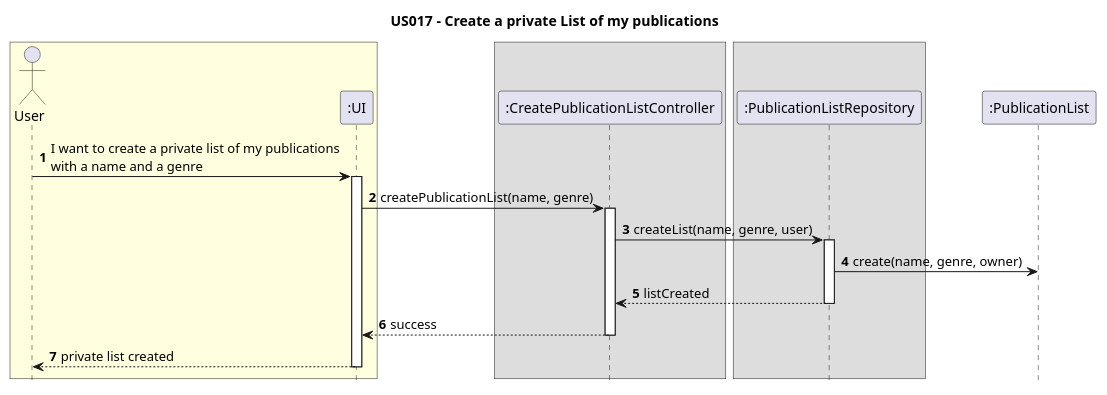
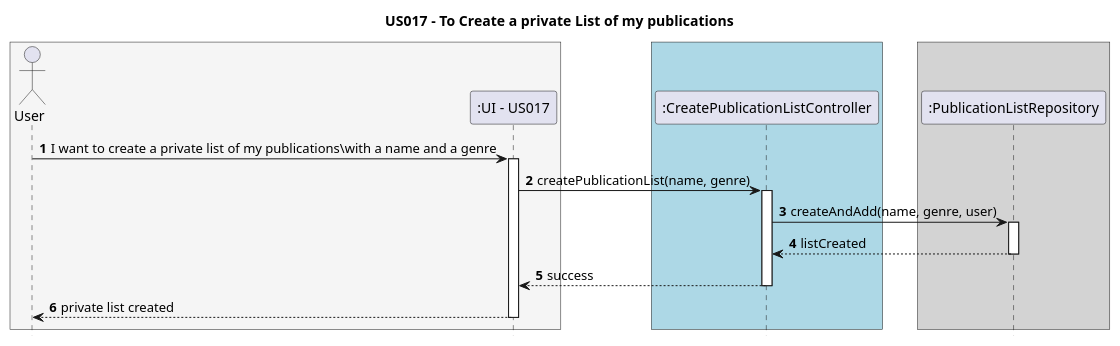
One commit to AndrePereiraGitH/SWitCH-Project-Team_A changed the diagram in Diagrams/SequenceDiagrams/N2/US017-to-create-private-publication-list.puml. Above: the diagram before and after it, drawn with PlantUML. The commit also changed 4 other files, not shown here.

Commit message:
Update diagrams for #88 #89 #92 #94 (SSD N1, N2 and Class)

```diff
--- a/Diagrams/SequenceDiagrams/N2/US017-to-create-private-publication-list.puml
+++ b/Diagrams/SequenceDiagrams/N2/US017-to-create-private-publication-list.puml
@@ -1,46 +1,38 @@
 @startuml
 hide footbox
 autonumber
 
-title US017 - Create a private List of my publications
+title US017 - To Create a private List of my publications
 
-box #LightYellow
+box #whitesmoke
 actor "User" as User
-participant ":UI" as UI
+participant ":UI - US017" as UI
 end box
 
-box
+box #Lightblue
 participant ":CreatePublicationListController" as Controller
 end box
 
-box
+box #LightGrey
 participant ":PublicationListRepository" as Repository
 end box
 
-box
-participant ":PublicationList" as List
-end box
-
-
-User -> UI : I want to create a private list of my publications\nwith a name and a genre
+User -> UI : I want to create a private list of my publications\with a name and a genre
 activate UI
 
 UI -> Controller : createPublicationList(name, genre)
 activate Controller
 
-Controller -> Repository : createList(name, genre, user)
+Controller -> Repository : createAndAdd(name, genre, user)
 activate Repository
-
-create "list1 : PublicationList" as List
-Repository -> List : create(name, genre, owner)
 
 Repository --> Controller : listCreated
 deactivate Repository
 
 Controller --> UI : success
 deactivate Controller
 
 UI --> User : private list created
 deactivate UI
 
 @enduml
```
